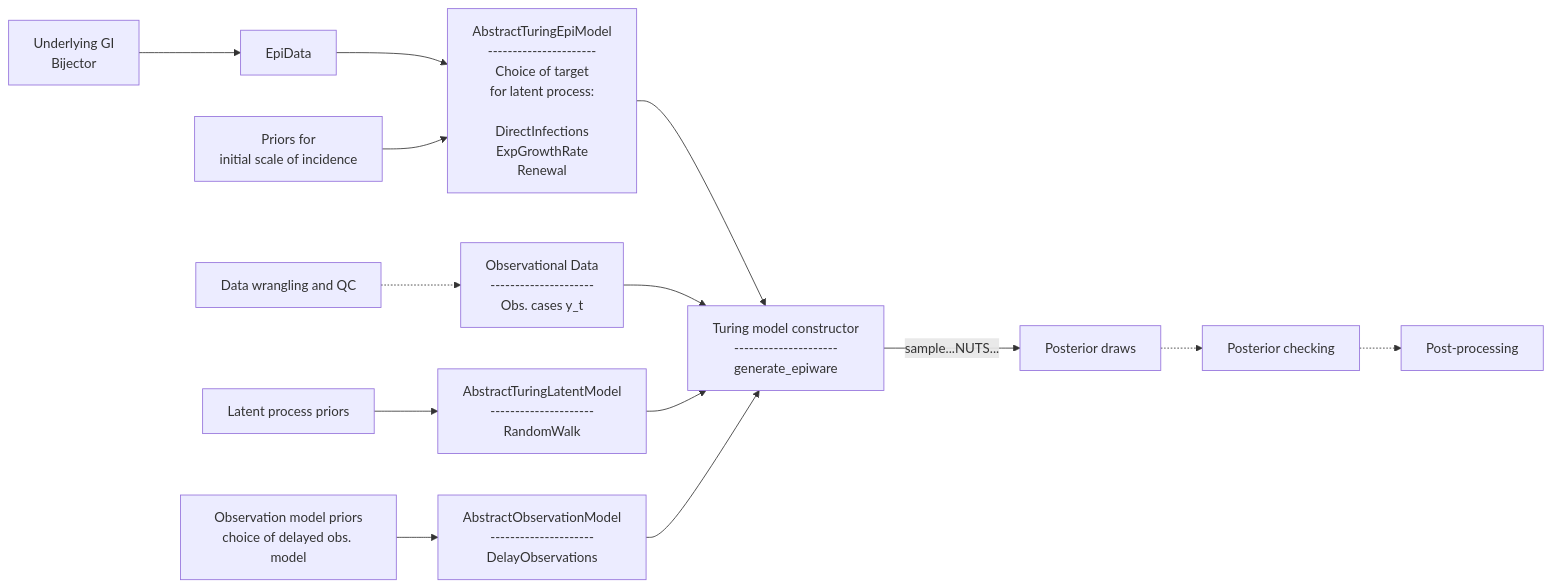
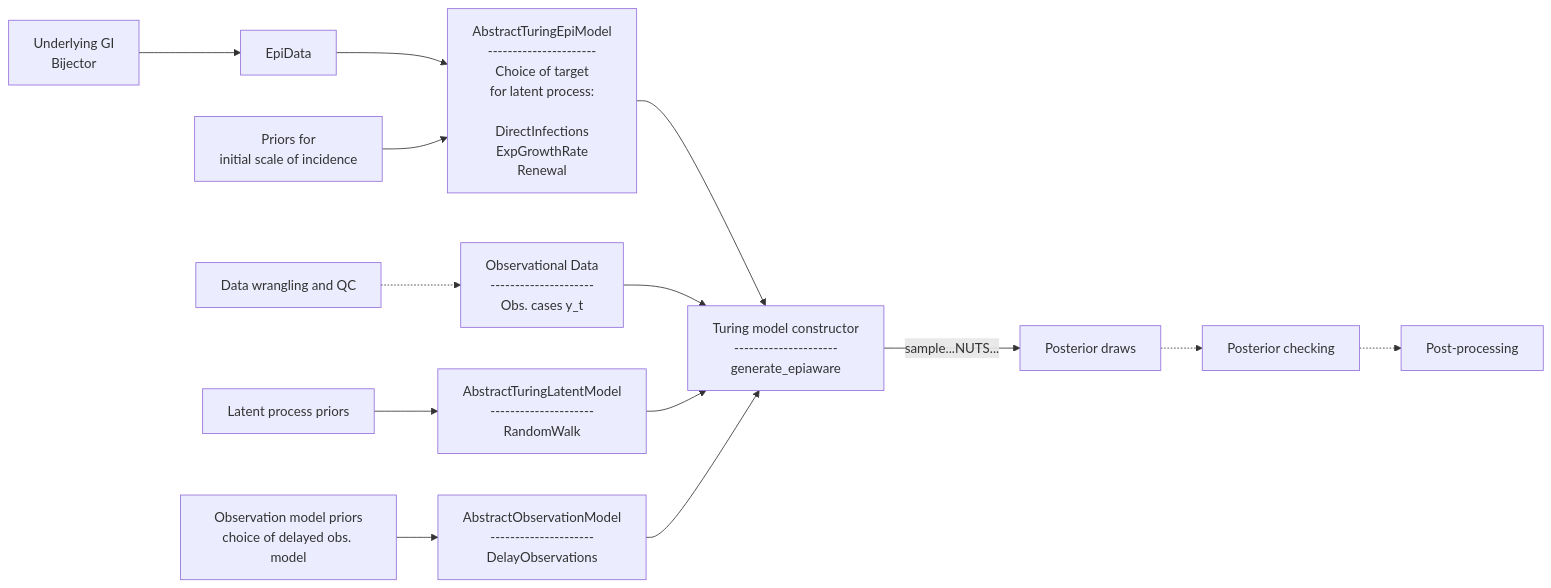
The diagram in EpiAware/README.md (CDCgov/Rt-without-renewal), drawn with Mermaid before and after one commit. The commit also changed 11 other files, not shown here.

````diff
--- a/EpiAware/README.md
+++ b/EpiAware/README.md
@@ -16,64 +16,64 @@
 ```mermaid
 flowchart LR
 
 A["Underlying GI
 Bijector"]
 
 EpiModel["AbstractTuringEpiModel
 ----------------------
 Choice of target
 for latent process:
 
 DirectInfections
     ExpGrowthRate
     Renewal"]
 
 InitModel["Priors for
 initial scale of incidence"]
 
 DataW[Data wrangling and QC]
 
 
 ObsData["Observational Data
 ---------------------
 Obs. cases y_t"]
 
 LatentProcPriors["Latent process priors"]
 
 LatentProc["AbstractTuringLatentModel
 ---------------------
 RandomWalk"]
 
 ObsModelPriors["Observation model priors
 choice of delayed obs. model"]
 
 ObsModel["AbstractObservationModel
 ---------------------
 DelayObservations"]
 
 E["Turing model constructor
 ---------------------
-generate_epiware"]
+generate_epiaware"]
 
 G[Posterior draws]
 H[Posterior checking]
 I[Post-processing]
 
 
 
 A --> EpiData
 EpiData --> EpiModel
 InitModel --> EpiModel
 EpiModel -->E
 ObsData-->E
 DataW-.->ObsData
 LatentProcPriors-->LatentProc
 LatentProc-->E
 ObsModelPriors-->ObsModel
 ObsModel-->E
 
 
 E-->|sample...NUTS...| G
 G-.->H
 H-.->I
 ```
````
